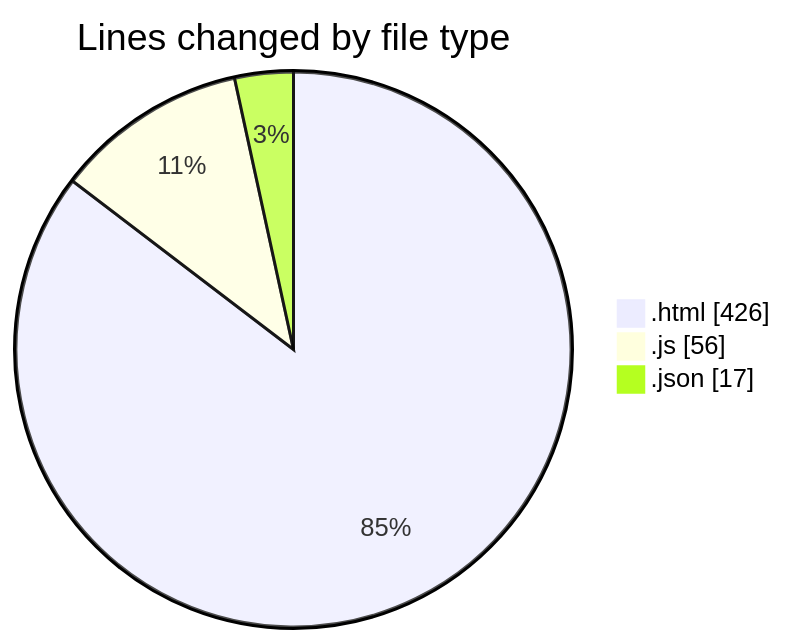
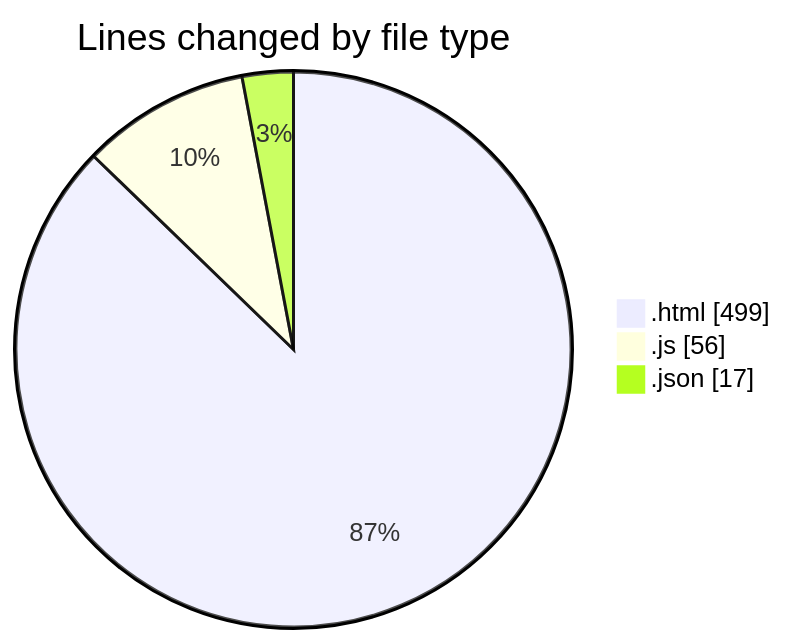
The first of 2 diagrams in 2025-09-04/tailwind/README.md (IJAZ3593/code-tracking), drawn with Mermaid before and after one commit. The commit also changed other lines of this file and 1 other file, not shown here.

````diff
--- a/2025-09-04/tailwind/README.md
+++ b/2025-09-04/tailwind/README.md
@@ -26,7 +26,7 @@
 ```mermaid
 pie showData
 title Lines changed by file type
-".html" : 426
+".html" : 499
 ".js" : 56
 ".json" : 17
 ```
````
